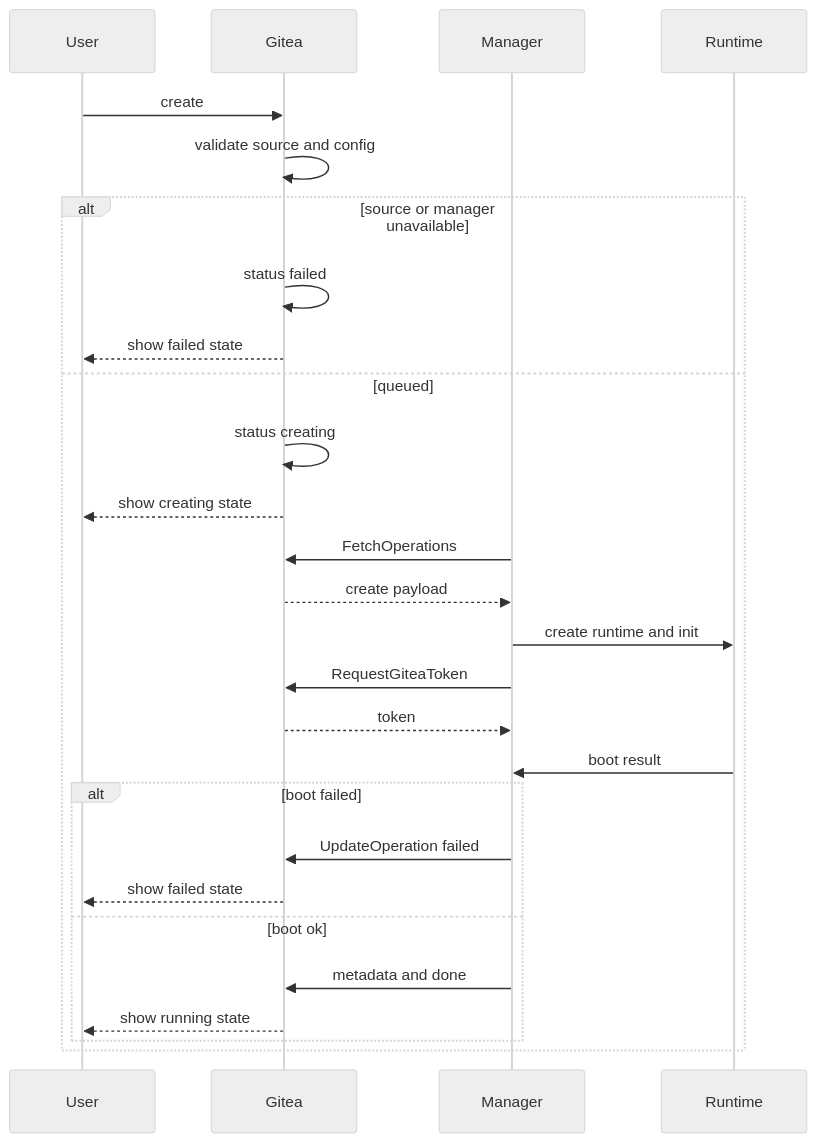
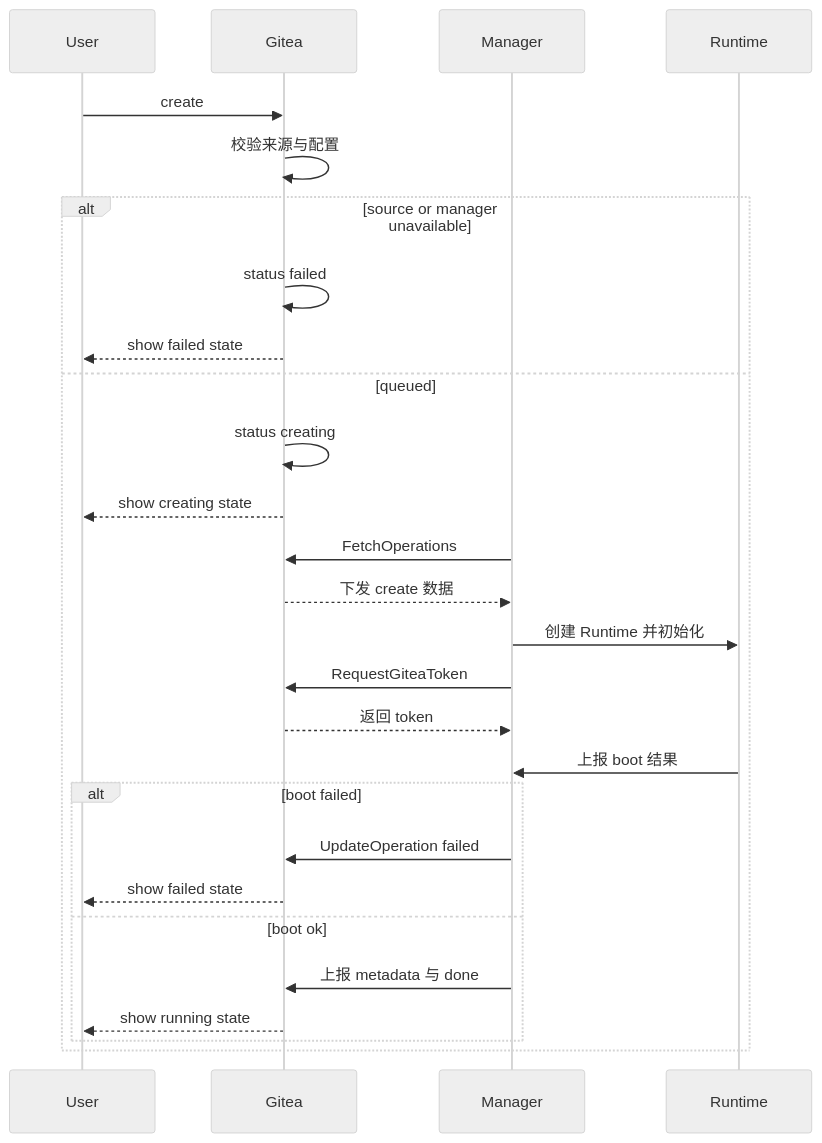
The diagram in src/lifecycle-flows.md (ExplodingDragon/gitea-dev), drawn with Mermaid (neutral theme) before and after one commit. The commit also changed other lines of this file and 8 other files, not shown here.

````diff
--- a/src/lifecycle-flows.md
+++ b/src/lifecycle-flows.md
@@ -104,30 +104,30 @@
 ```mermaid
 sequenceDiagram
     participant U as User
     participant G as Gitea
     participant M as Manager
     participant R as Runtime
 
     U->>G: create
-    G->>G: validate source and config
+    G->>G: 校验来源与配置
     alt source or manager unavailable
         G->>G: status failed
         G-->>U: show failed state
     else queued
         G->>G: status creating
         G-->>U: show creating state
         M->>G: FetchOperations
-        G-->>M: create payload
-        M->>R: create runtime and init
+        G-->>M: 下发 create 数据
+        M->>R: 创建 Runtime 并初始化
         M->>G: RequestGiteaToken
-        G-->>M: token
-        R->>M: boot result
+        G-->>M: 返回 token
+        R->>M: 上报 boot 结果
         alt boot failed
             M->>G: UpdateOperation failed
             G-->>U: show failed state
         else boot ok
-            M->>G: metadata and done
+            M->>G: 上报 metadata 与 done
             G-->>U: show running state
         end
     end
 ```
````
